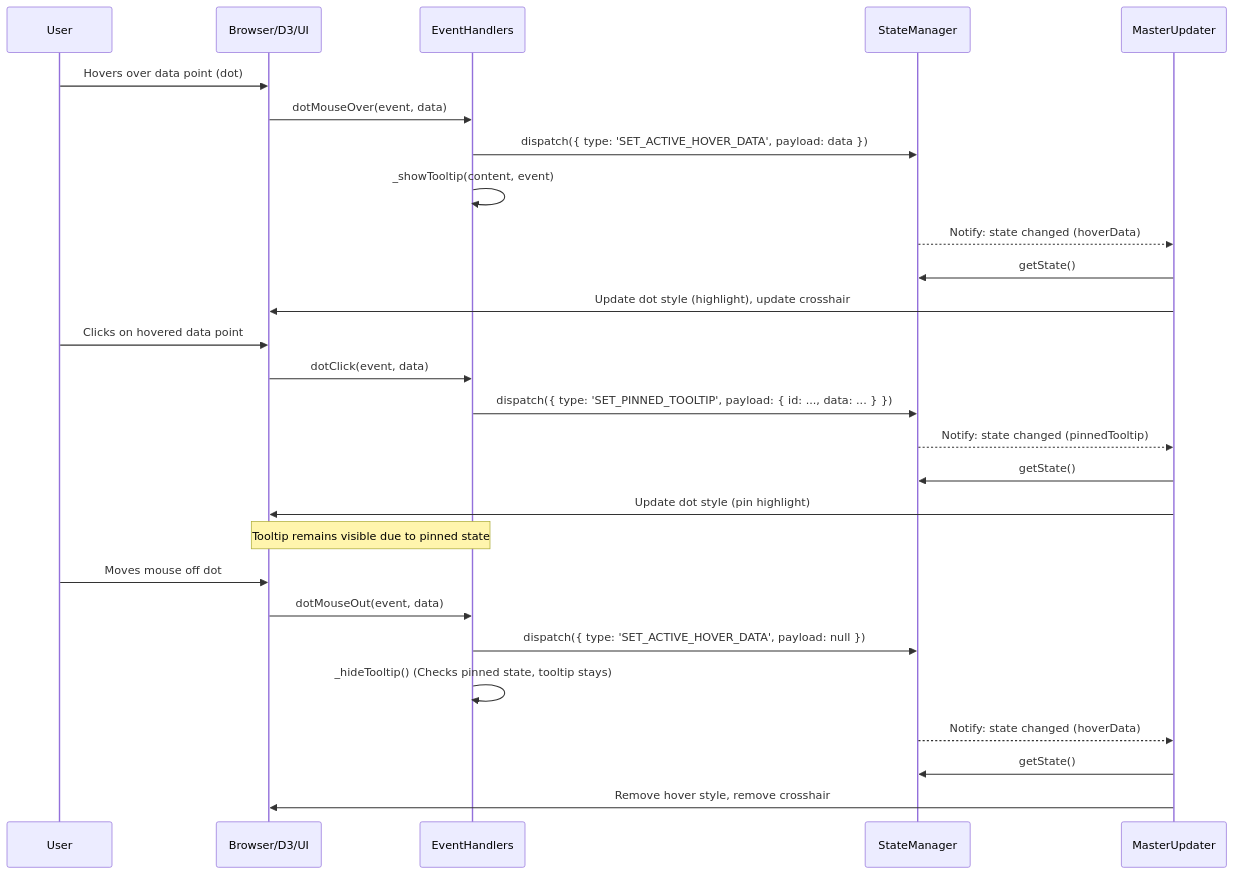
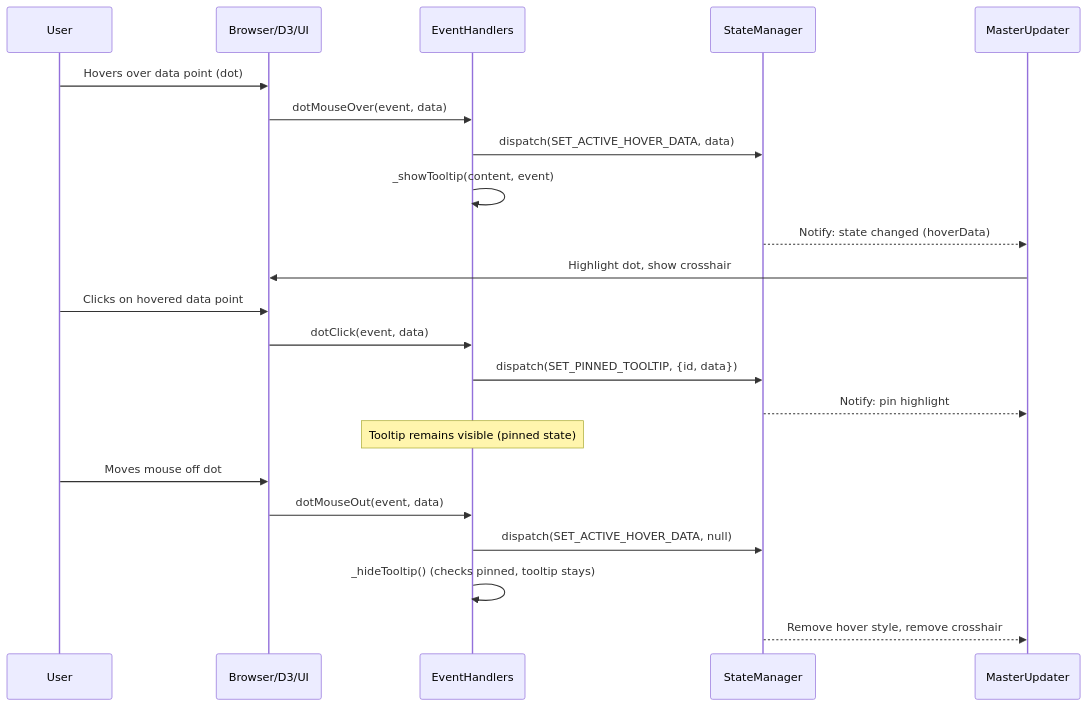
The second of 18 diagrams in frontend/docs/program_flow.md (tomaszkaliciak/weight-insider), drawn with Mermaid before and after one commit. The commit also changed other lines of this file and 82 other files, not shown here.

````diff
--- a/frontend/docs/program_flow.md
+++ b/frontend/docs/program_flow.md
@@ -62,32 +79,27 @@
 ```mermaid
 sequenceDiagram
     participant User
     participant Browser/D3/UI
     participant EventHandlers
     participant StateManager
     participant MasterUpdater
 
     User->>Browser/D3/UI: Hovers over data point (dot)
     Browser/D3/UI->>EventHandlers: dotMouseOver(event, data)
-    EventHandlers->>StateManager: dispatch({ type: 'SET_ACTIVE_HOVER_DATA', payload: data })
+    EventHandlers->>StateManager: dispatch(SET_ACTIVE_HOVER_DATA, data)
     EventHandlers->>EventHandlers: _showTooltip(content, event)
     StateManager-->>MasterUpdater: Notify: state changed (hoverData)
-    MasterUpdater->>StateManager: getState()
-    MasterUpdater->>Browser/D3/UI: Update dot style (highlight), update crosshair
+    MasterUpdater->>Browser/D3/UI: Highlight dot, show crosshair
 
     User->>Browser/D3/UI: Clicks on hovered data point
     Browser/D3/UI->>EventHandlers: dotClick(event, data)
-    EventHandlers->>StateManager: dispatch({ type: 'SET_PINNED_TOOLTIP', payload: { id: ..., data: ... } })
-    StateManager-->>MasterUpdater: Notify: state changed (pinnedTooltip)
-    MasterUpdater->>StateManager: getState()
-    MasterUpdater->>Browser/D3/UI: Update dot style (pin highlight)
-    Note over EventHandlers,Browser/D3/UI: Tooltip remains visible due to pinned state
+    EventHandlers->>StateManager: dispatch(SET_PINNED_TOOLTIP, {id, data})
+    StateManager-->>MasterUpdater: Notify: pin highlight
+    Note over EventHandlers: Tooltip remains visible (pinned state)
 
     User->>Browser/D3/UI: Moves mouse off dot
     Browser/D3/UI->>EventHandlers: dotMouseOut(event, data)
-    EventHandlers->>StateManager: dispatch({ type: 'SET_ACTIVE_HOVER_DATA', payload: null })
-    EventHandlers->>EventHandlers: _hideTooltip() (Checks pinned state, tooltip stays)
-    StateManager-->>MasterUpdater: Notify: state changed (hoverData)
-    MasterUpdater->>StateManager: getState()
-    MasterUpdater->>Browser/D3/UI: Remove hover style, remove crosshair
+    EventHandlers->>StateManager: dispatch(SET_ACTIVE_HOVER_DATA, null)
+    EventHandlers->>EventHandlers: _hideTooltip() (checks pinned, tooltip stays)
+    StateManager-->>MasterUpdater: Remove hover style, remove crosshair
 ```
````
